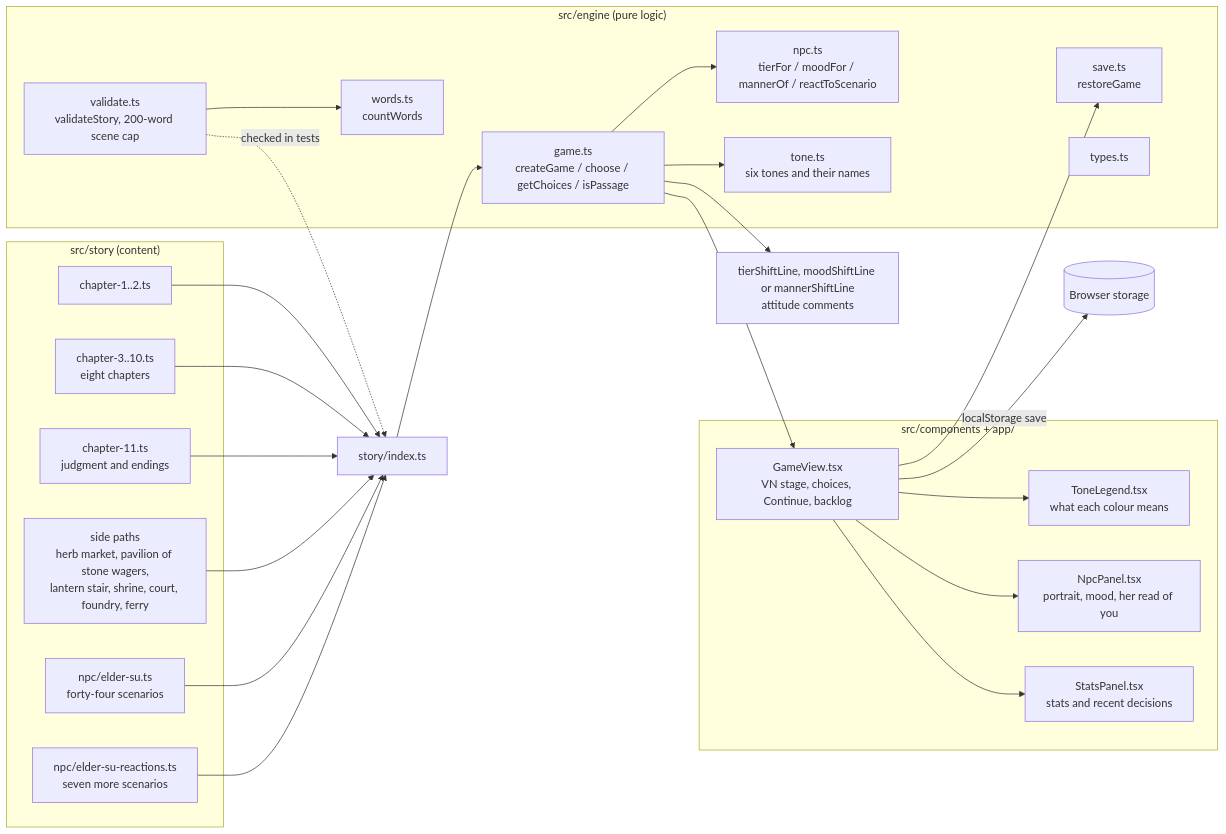
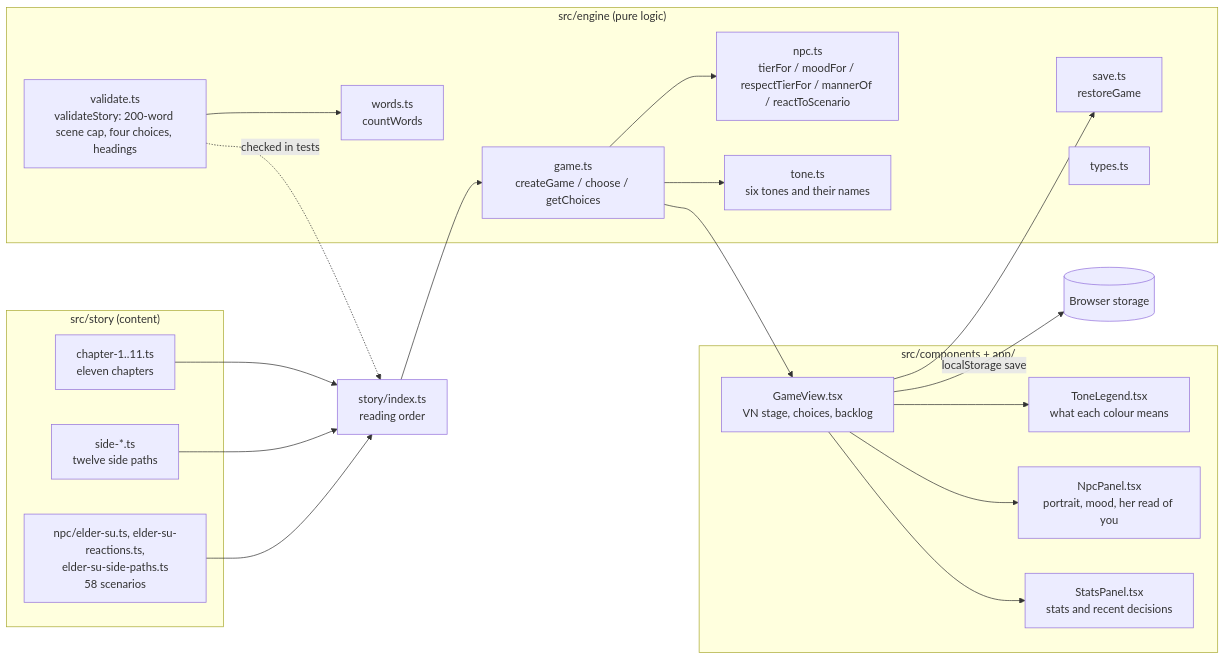
One commit to jgyy/nextxian changed the first of 15 diagrams in docs/ARCHITECTURE.md. Above: the diagram before and after it, drawn with Mermaid. The commit also changed other lines of this file and 68 other files, not shown here.

First line of the commit message:
Drop Continue pages and add 100 scenes in five side paths (#6)

````diff
--- a/docs/ARCHITECTURE.md
+++ b/docs/ARCHITECTURE.md
@@ -5,38 +5,34 @@
 ```mermaid
 flowchart LR
   subgraph Story["src/story (content)"]
-    C1[chapter-1..2.ts]
-    C3[chapter-3..10.ts<br/>eight chapters]
-    C11[chapter-11.ts<br/>judgment and endings]
-    SD[side paths<br/>herb market, pavilion of stone wagers,<br/>lantern stair, shrine, court, foundry, ferry]
-    NPC[npc/elder-su.ts<br/>forty-four scenarios]
-    NR[npc/elder-su-reactions.ts<br/>seven more scenarios]
+    C["chapter-1..11.ts<br/>eleven chapters"]
+    SD["side-*.ts<br/>twelve side paths"]
+    NPC["npc/elder-su.ts, elder-su-reactions.ts,<br/>elder-su-side-paths.ts<br/>58 scenarios"]
   end
   subgraph Engine["src/engine (pure logic)"]
-    G[game.ts<br/>createGame / choose / getChoices / isPassage]
-    N[npc.ts<br/>tierFor / moodFor / mannerOf / reactToScenario]
-    TN[tone.ts<br/>six tones and their names]
-    V[validate.ts<br/>validateStory, 200-word scene cap]
-    SV[save.ts<br/>restoreGame]
-    W[words.ts<br/>countWords]
-    T[types.ts]
+    G["game.ts<br/>createGame / choose / getChoices"]
+    N["npc.ts<br/>tierFor / moodFor / respectTierFor / mannerOf / reactToScenario"]
+    TN["tone.ts<br/>six tones and their names"]
+    V["validate.ts<br/>validateStory: 200-word scene cap, four choices, headings"]
+    SV["save.ts<br/>restoreGame"]
+    W["words.ts<br/>countWords"]
+    T["types.ts"]
   end
   subgraph UI["src/components + app/"]
-    GV[GameView.tsx<br/>VN stage, choices, Continue, backlog]
-    TL[ToneLegend.tsx<br/>what each colour means]
-    NP[NpcPanel.tsx<br/>portrait, mood, her read of you]
-    SP[StatsPanel.tsx<br/>stats and recent decisions]
+    GV["GameView.tsx<br/>VN stage, choices, backlog"]
+    TL["ToneLegend.tsx<br/>what each colour means"]
+    NP["NpcPanel.tsx<br/>portrait, mood, her read of you"]
+    SP["StatsPanel.tsx<br/>stats and recent decisions"]
   end
-  C1 & C3 & C11 & SD & NPC & NR --> S[story/index.ts]
+  C & SD & NPC --> S["story/index.ts<br/>reading order"]
   S --> G
   G --> N
   G --> TN
-  G --> A[tierShiftLine, moodShiftLine or mannerShiftLine<br/>attitude comments]
   V -. checked in tests .-> S
   V --> W
   G --> GV
   GV --> TL
   GV --> SV
   GV --> NP & SP
-  GV -->|localStorage save| Storage[(Browser storage)]
+  GV -->|localStorage save| Storage[("Browser storage")]
 ```
````
